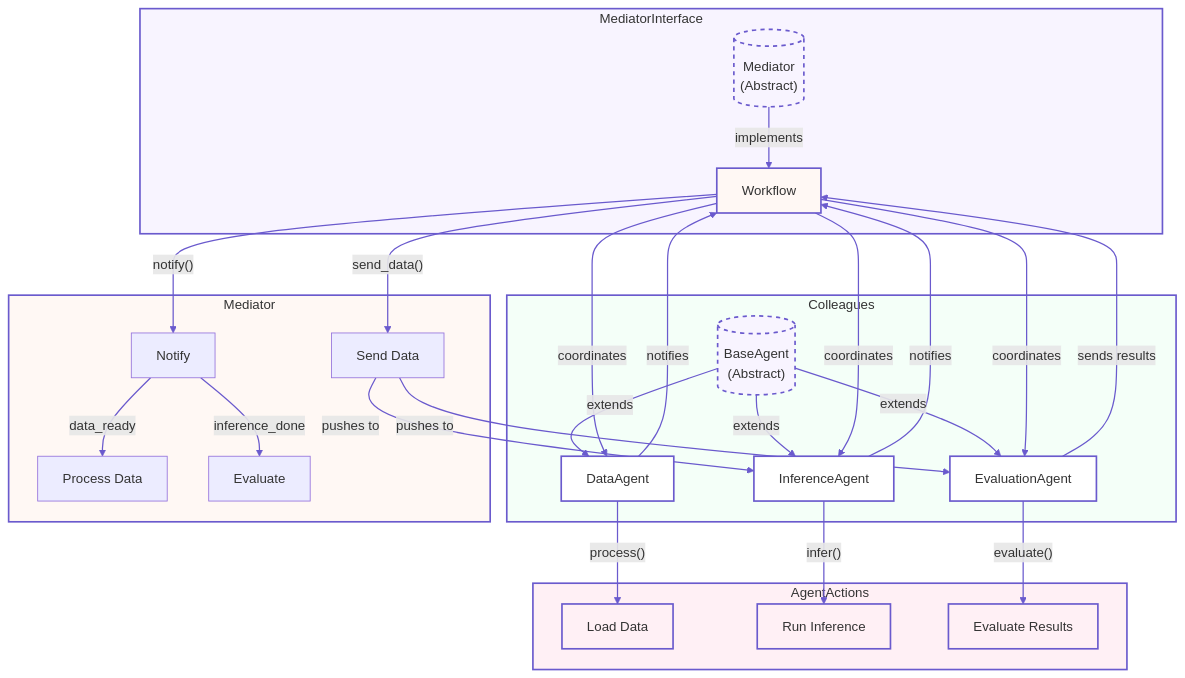
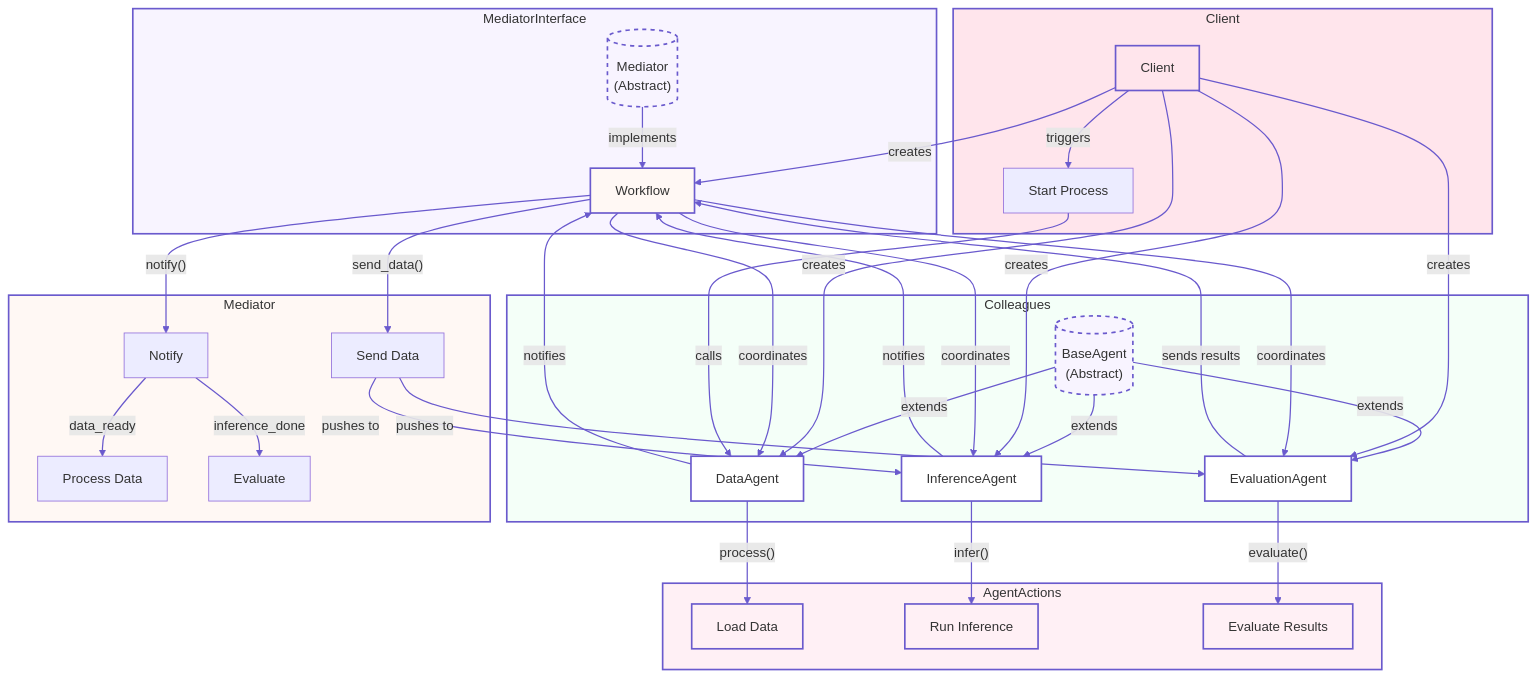
Before and after one commit to arunpshankar/Python-Design-Patterns-for-AI: the diagram in src/mermaid/10_mediator.mmd, drawn with Mermaid.

```diff
--- a/src/mermaid/10_mediator.mmd
+++ b/src/mermaid/10_mediator.mmd
@@ -1,69 +1,83 @@
 %%{init: {'theme': 'base', 'themeVariables': { 
     'primaryColor': '#f8f4ff', 
     'secondaryColor': '#f4fff8', 
     'tertiaryColor': '#fff8f4', 
     'mainBkg': '#ffffff', 
     'nodeBorder': '#6a5acd', 
     'clusterBkg': '#fafafa', 
     'clusterBorder': '#6a5acd', 
     'lineColor': '#6a5acd', 
     'fontFamily': 'Helvetica, Arial, sans-serif', 
     'fontSize': '14px' 
 }}}%%
 
 flowchart TB
     subgraph MediatorInterface
         style MediatorInterface fill:#f8f4ff,stroke:#6a5acd,stroke-width:2px
         MI[("Mediator<br>(Abstract)")]
         WF["Workflow"]
         MI -->|"implements"| WF
     end
 
     subgraph Colleagues
         style Colleagues fill:#f4fff8,stroke:#6a5acd,stroke-width:2px
         BA[("BaseAgent<br>(Abstract)")]
         DA["DataAgent"]
         IA["InferenceAgent"]
         EA["EvaluationAgent"]
         BA -->|"extends"| DA
         BA -->|"extends"| IA
         BA -->|"extends"| EA
     end
 
     subgraph Mediator
         style Mediator fill:#fff8f4,stroke:#6a5acd,stroke-width:2px
         WF -->|"notify()"| NT["Notify"]
         WF -->|"send_data()"| SD["Send Data"]
         NT -->|"data_ready"| PD["Process Data"]
         NT -->|"inference_done"| EV["Evaluate"]
     end
 
     subgraph AgentActions
         style AgentActions fill:#fff0f5,stroke:#6a5acd,stroke-width:2px
         DA -->|"process()"| LD["Load Data"]
         IA -->|"infer()"| RI["Run Inference"]
         EA -->|"evaluate()"| ER["Evaluate Results"]
     end
 
+    subgraph Client
+        style Client fill:#ffe5ec,stroke:#6a5acd,stroke-width:2px
+        CL["Client"]
+        CL -->|"creates"| DA
+        CL -->|"creates"| IA
+        CL -->|"creates"| EA
+        CL -->|"creates"| WF
+        CL -->|"triggers"| TP["Start Process"]
+    end
+
     WF -->|"coordinates"| DA
     WF -->|"coordinates"| IA
     WF -->|"coordinates"| EA
 
     DA -->|"notifies"| WF
     IA -->|"notifies"| WF
     EA -->|"sends results"| WF
 
     SD -->|"pushes to"| IA
     SD -->|"pushes to"| EA
 
+    TP -->|"calls"| DA
+
     classDef abstract fill:#f8f4ff,stroke:#6a5acd,stroke-width:2px,stroke-dasharray: 5 5
     classDef concrete fill:#ffffff,stroke:#6a5acd,stroke-width:2px
     classDef mediator fill:#fff8f4,stroke:#6a5acd,stroke-width:2px
     classDef action fill:#fff0f5,stroke:#6a5acd,stroke-width:2px
+     classDef client fill:#ffe5ec,stroke:#6a5acd,stroke-width:2px
 
     class MI,BA abstract
     class WF,DA,IA,EA concrete
     class WF mediator
     class LD,RI,ER action
+    class CL client
 
     linkStyle default stroke:#6a5acd,stroke-width:1.5px
```
